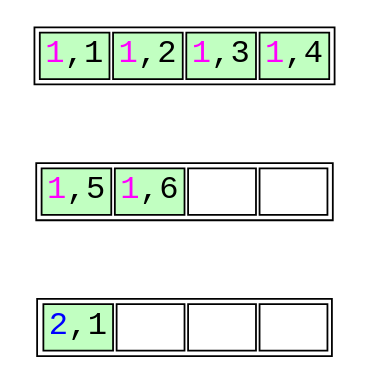
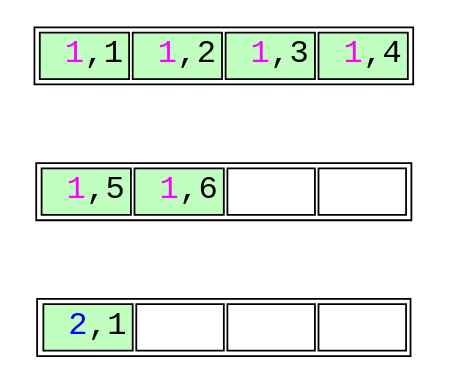
The diagram in optimized-leaf-page-split-1.dot (petergeoghegan/pg_query_internals), drawn with Graphviz before and after one commit. The commit also changed 2 other files, not shown here.

```diff
--- a/optimized-leaf-page-split-1.dot
+++ b/optimized-leaf-page-split-1.dot
@@ -1,52 +1,52 @@
 // Example B-Tree graph
 //
 // Breadth-first order
 //
 // Start from root, go left to right
 //
 // Workflow:
 //
 // $ dot -T svg btree.dot -o btree.svg;
 
 digraph nbtree {
 graph [fontname = "monospace"];
 node [shape = none,height=.1,fontname = "monospace",fontsize=18];
 // Level 0 (leaf level)
 leafnode_2[ label=<<table>
                     <tr>
-                        <td bgcolor='darkseagreen1' port="t2"><font color="magenta">1</font>,1</td>
-                        <td bgcolor='darkseagreen1' port="t3"><font color="magenta">1</font>,2</td>
-                        <td bgcolor='darkseagreen1' port="t4"><font color="magenta">1</font>,3</td>
-                        <td bgcolor='darkseagreen1' port="t4"><font color="magenta">1</font>,4</td>
+                        <td bgcolor='darkseagreen1' port="t2"> <font color="magenta">1</font>,1</td>
+                        <td bgcolor='darkseagreen1' port="t3"> <font color="magenta">1</font>,2</td>
+                        <td bgcolor='darkseagreen1' port="t4"> <font color="magenta">1</font>,3</td>
+                        <td bgcolor='darkseagreen1' port="t4"> <font color="magenta">1</font>,4</td>
                     </tr>
                 </table>
                >
         ];
 edge[style=invis];
 "leafnode_2" -> "leafnode_3"
 leafnode_3[ label=<<table>
                     <tr>
-                        <td bgcolor='darkseagreen1' port="t4"><font color="magenta">1</font>,5</td>
-                        <td bgcolor='darkseagreen1' port="t4"><font color="magenta">1</font>,6</td>
-                        <td bgcolor='white' port="t3">   </td>
-                        <td bgcolor='white' port="t3">   </td>
+                        <td bgcolor='darkseagreen1' port="t4"> <font color="magenta">1</font>,5</td>
+                        <td bgcolor='darkseagreen1' port="t4"> <font color="magenta">1</font>,6</td>
+                        <td bgcolor='white' port="t3">    </td>
+                        <td bgcolor='white' port="t3">    </td>
                     </tr>
                 </table>
                >
         ];
 edge[style=invis];
 "leafnode_3" -> "leafnode_4"
 leafnode_4[ label=<<table>
                     <tr>
-                        <td bgcolor='darkseagreen1' port="t4"><font color="blue">2</font>,1</td>
-                        <td bgcolor='white' port="t3">   </td>
-                        <td bgcolor='white' port="t3">   </td>
-                        <td bgcolor='white' port="t3">   </td>
+                        <td bgcolor='darkseagreen1' port="t4"> <font color="blue">2</font>,1</td>
+                        <td bgcolor='white' port="t3">    </td>
+                        <td bgcolor='white' port="t3">    </td>
+                        <td bgcolor='white' port="t3">    </td>
                     </tr>
                 </table>
                >
         ];
 //Force alignment from root to internal to leaf levels:
 //edge[style=invis];
 //"rootnode":d1 -> "leafnode_2":t2
 }
```
